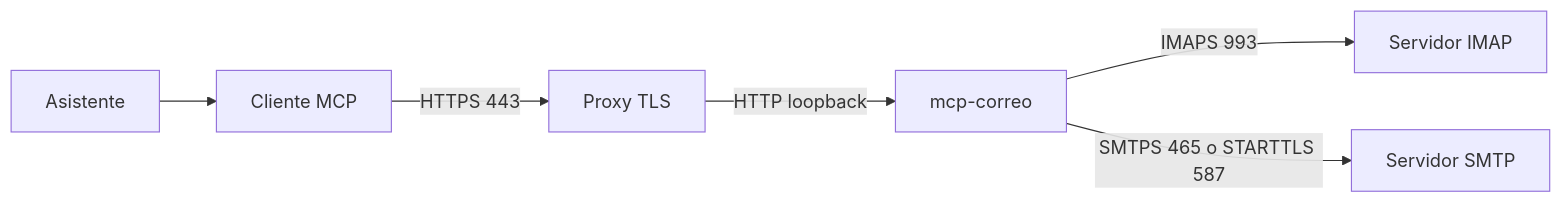
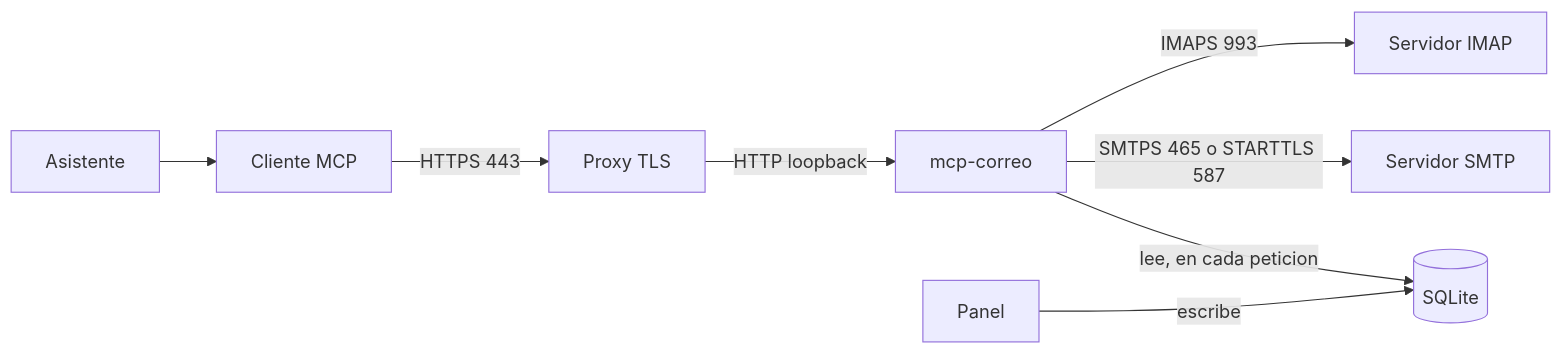
One commit to davidneyra2804/mcp-correo changed the diagram in README.md. Above: the diagram before and after it, drawn with Mermaid. The commit also changed other lines of this file and 23 other files, not shown here.

````diff
--- a/README.md
+++ b/README.md
@@ -149,15 +182,19 @@
 ```mermaid
 flowchart LR
   asistente[Asistente]
   cliente[Cliente MCP]
   proxy[Proxy TLS]
   mcp[mcp-correo]
+  panel[Panel]
+  sqlite[(SQLite)]
   imap[Servidor IMAP]
   smtp[Servidor SMTP]
 
   asistente --> cliente
   cliente -->|"HTTPS 443"| proxy
   proxy -->|"HTTP loopback"| mcp
   mcp -->|"IMAPS 993"| imap
   mcp -->|"SMTPS 465 o STARTTLS 587"| smtp
+  panel -->|"escribe"| sqlite
+  mcp -->|"lee, en cada peticion"| sqlite
 ```
````
